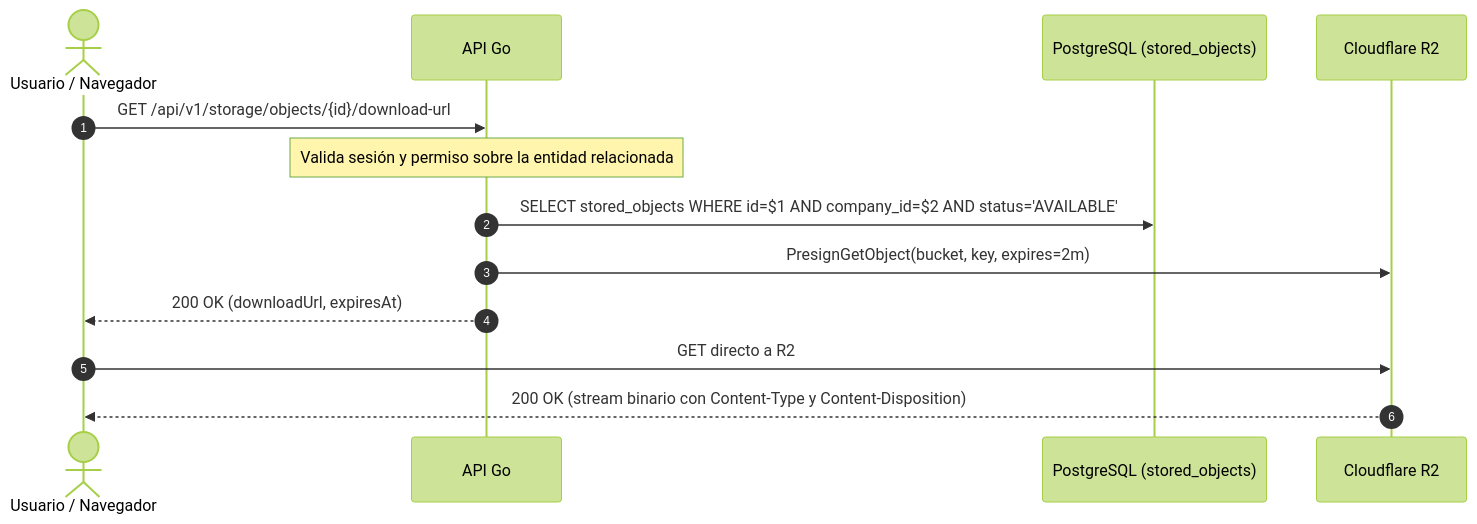
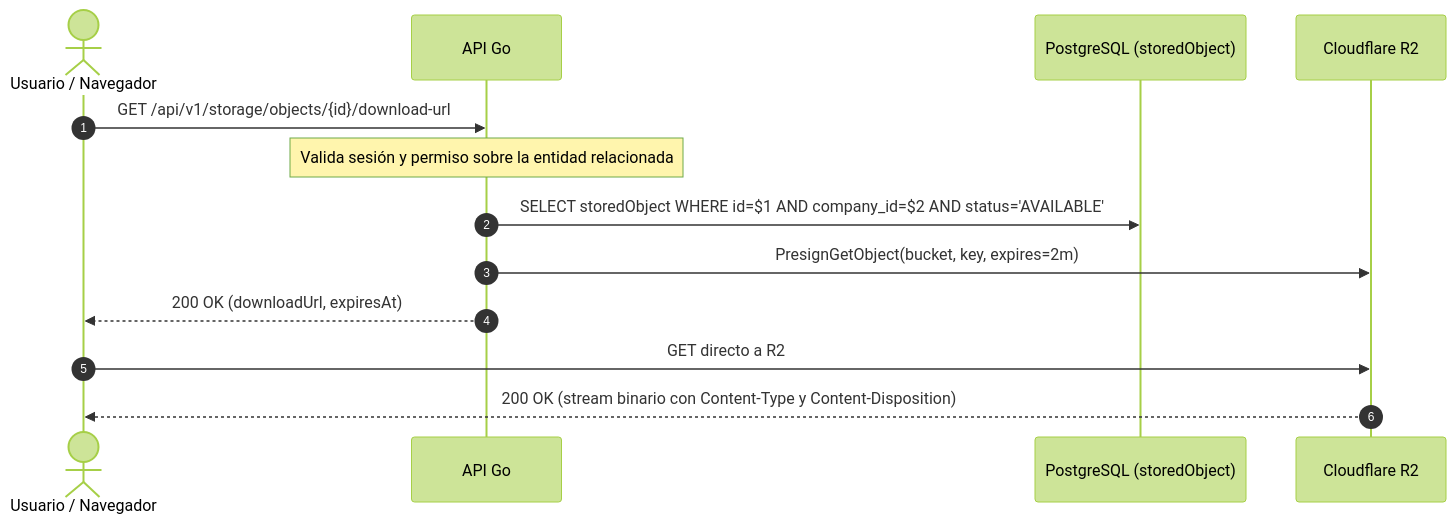
One commit to tallerdecalderas/technical-service-system changed the second of 3 diagrams in docs/ingeneri/storage.md. Above: the diagram before and after it, drawn with Mermaid (forest theme). The commit also changed other lines of this file and 8 other files, not shown here.

````diff
--- a/docs/ingeneri/storage.md
+++ b/docs/ingeneri/storage.md
@@ -87,16 +87,16 @@
 ```mermaid
 sequenceDiagram
     autonumber
     actor U as Usuario / Navegador
     participant G as API Go
-    participant DB as PostgreSQL (stored_objects)
+    participant DB as PostgreSQL (storedObject)
     participant R2 as Cloudflare R2
 
     U->>G: GET /api/v1/storage/objects/{id}/download-url
     Note over G: Valida sesión y permiso sobre la entidad relacionada
-    G->>DB: SELECT stored_objects WHERE id=$1 AND company_id=$2 AND status='AVAILABLE'
+    G->>DB: SELECT storedObject WHERE id=$1 AND company_id=$2 AND status='AVAILABLE'
     G->>R2: PresignGetObject(bucket, key, expires=2m)
     G-->>U: 200 OK (downloadUrl, expiresAt)
     U->>R2: GET directo a R2
     R2-->>U: 200 OK (stream binario con Content-Type y Content-Disposition)
 ```
````
